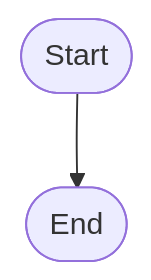
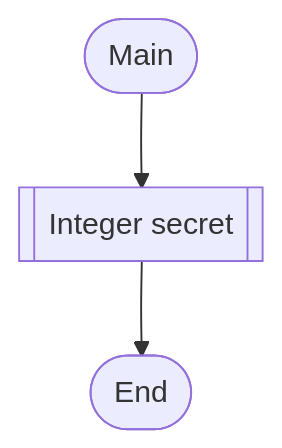
One commit to SCoverd-hub/Scoverd-hub.github.io changed the diagram in Mermaid.md. Above: the diagram before and after it, drawn with Mermaid.

Commit message:
Flowchart Update Test
Added second point in flowchart.

````diff
--- a/Mermaid.md
+++ b/Mermaid.md
@@ -1,4 +1,7 @@
 ```mermaid
 flowchart TD
-	Start([Start]) --> End([End])
+	Main([Main]) --> 
+	Integer[[Integer secret]] -->
+	
+	End([End])
 ```
````
